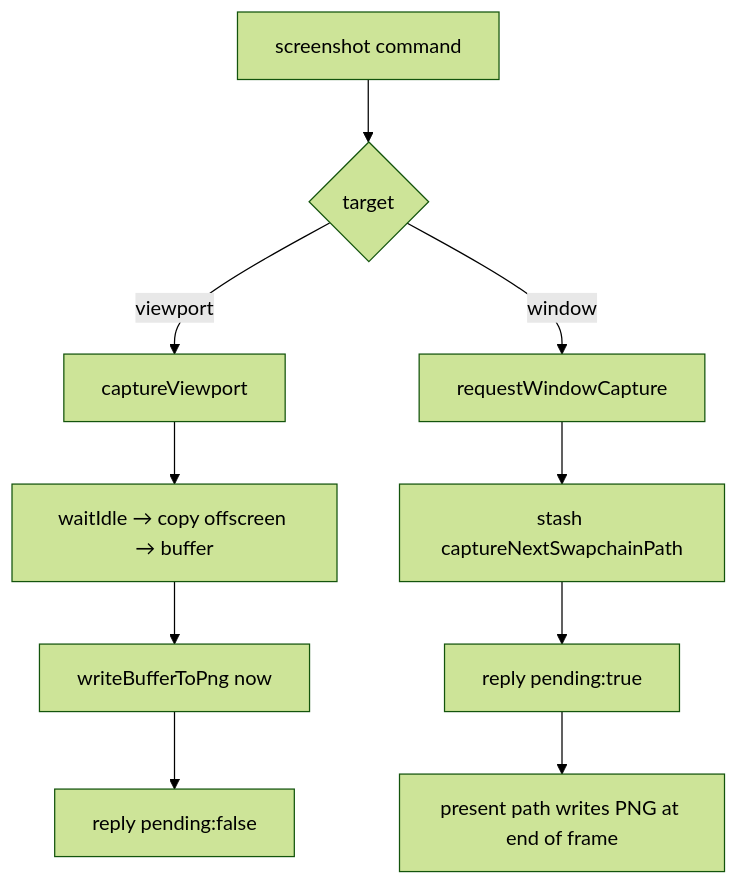
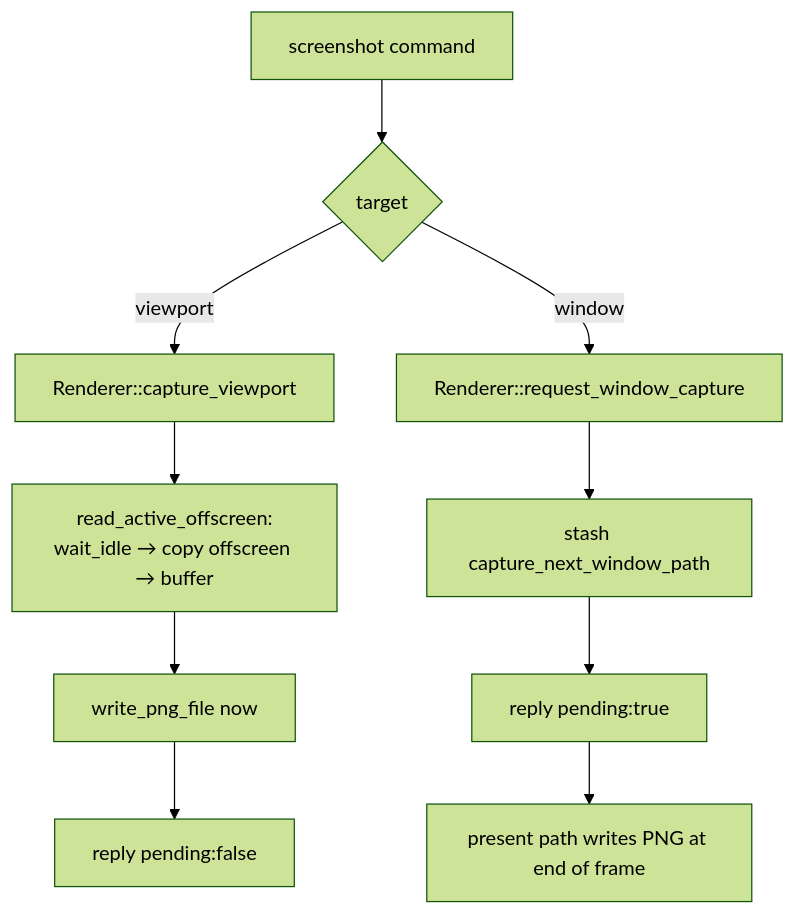
Before and after one commit to saffronjam/saffron-anima: the diagram in docs/content/explanations/tooling-and-control/screenshots-and-capture.md, drawn with Mermaid (forest theme). The commit also changed other lines of this file and 7 other files, not shown here.

````diff
--- a/docs/content/explanations/tooling-and-control/screenshots-and-capture.md
+++ b/docs/content/explanations/tooling-and-control/screenshots-and-capture.md
@@ -28,12 +53,12 @@
 ```mermaid
 flowchart TD
     A[screenshot command] --> B{target}
-    B -- viewport --> C[captureViewport]
-    C --> D[waitIdle → copy offscreen → buffer]
-    D --> E[writeBufferToPng now]
+    B -- viewport --> C[Renderer::capture_viewport]
+    C --> D[read_active_offscreen:<br/>wait_idle → copy offscreen → buffer]
+    D --> E[write_png_file now]
     E --> F[reply pending:false]
-    B -- window --> G[requestWindowCapture]
-    G --> H[stash captureNextSwapchainPath]
+    B -- window --> G[Renderer::request_window_capture]
+    G --> H[stash capture_next_window_path]
     H --> I[reply pending:true]
     I --> J[present path writes PNG at end of frame]
 ```
````
